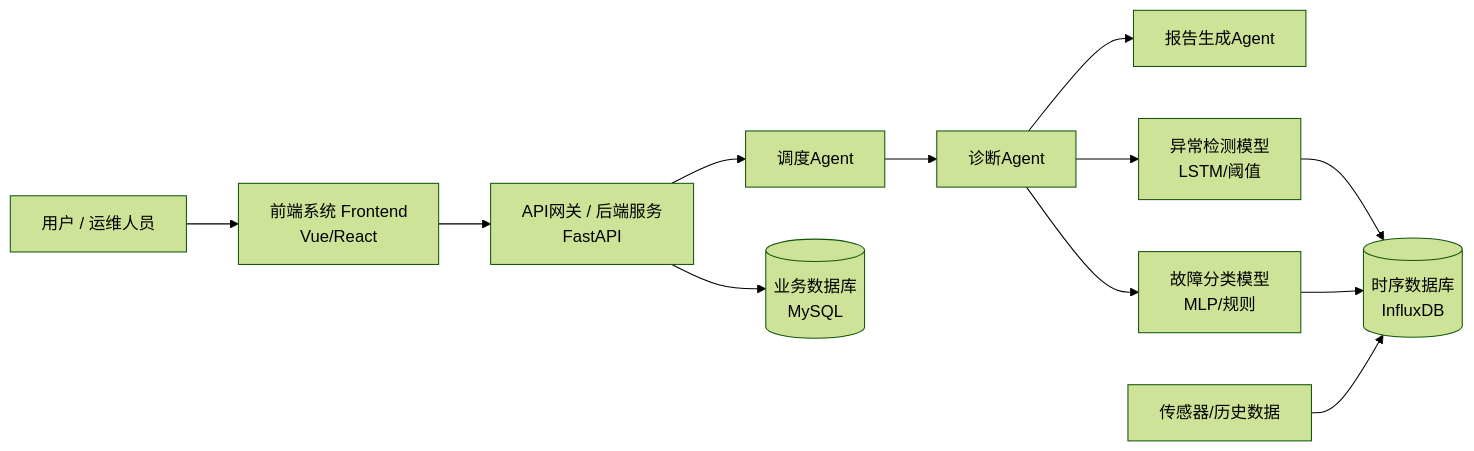
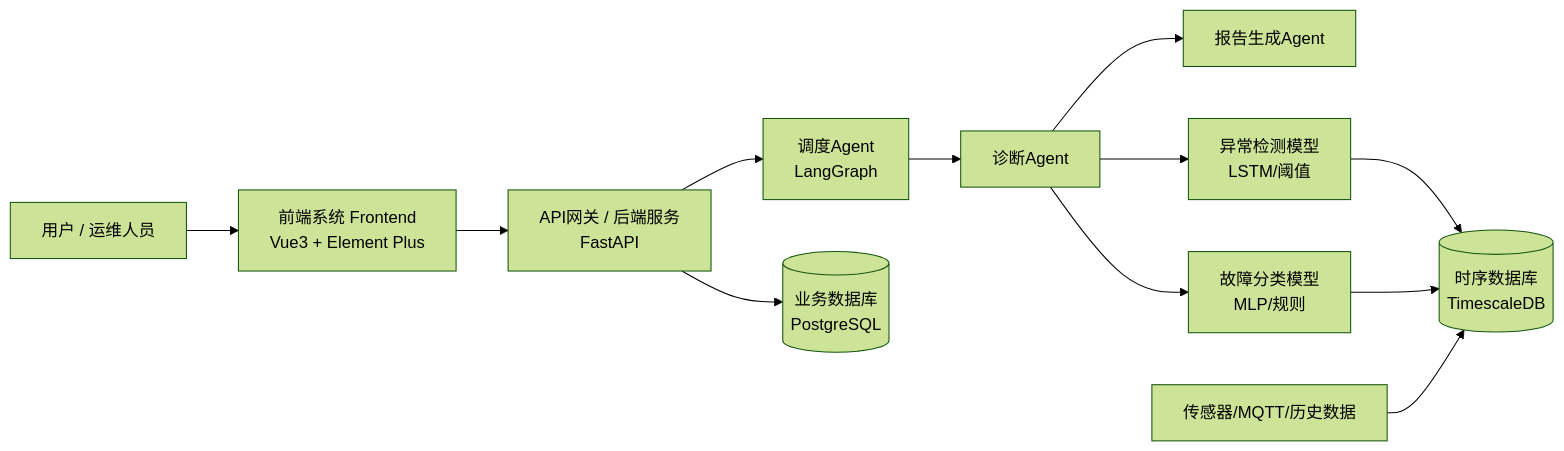
The diagram in docs/architecture.md (3594350059syx-droid/power_agent), drawn with Mermaid (forest theme) before and after one commit. The commit also changed other lines of this file, not shown here.

````diff
--- a/docs/architecture.md
+++ b/docs/architecture.md
@@ -6,44 +6,44 @@
   ```mermaid
   flowchart LR
 
   %% ========== 用户层 ==========
   U[用户 / 运维人员]
-  F[前端系统 Frontend<br/>Vue/React]
+  F[前端系统 Frontend<br/>Vue3 + Element Plus]
 
   %% ========== 接口层 ==========
   API[API网关 / 后端服务<br/>FastAPI]
 
   %% ========== Agent层 ==========
-  A1[调度Agent]
+  A1[调度Agent<br/>LangGraph]
   A2[诊断Agent]
   A3[报告生成Agent]
 
   %% ========== 算法层 =======1===
   M1[异常检测模型<br/>LSTM/阈值]
   M2[故障分类模型<br/>MLP/规则]
 
   %% ========== 数据层 ==========
-  DB1[(时序数据库<br/>InfluxDB)]
-  DB2[(业务数据库<br/>MySQL)]
+  DB1[(时序数据库<br/>TimescaleDB)]
+  DB2[(业务数据库<br/>PostgreSQL)]
 
   %% ========== 数据源 ==========
-  DS[传感器/历史数据]
+  DS[传感器/MQTT/历史数据]
 
   %% ========== 连接关系 ==========
   U --> F
   F --> API
 
   API --> A1
   A1 --> A2
   A2 --> A3
 
   A2 --> M1
   A2 --> M2
 
   M1 --> DB1
   M2 --> DB1
 
   API --> DB2
 
   DS --> DB1
   ```
````
